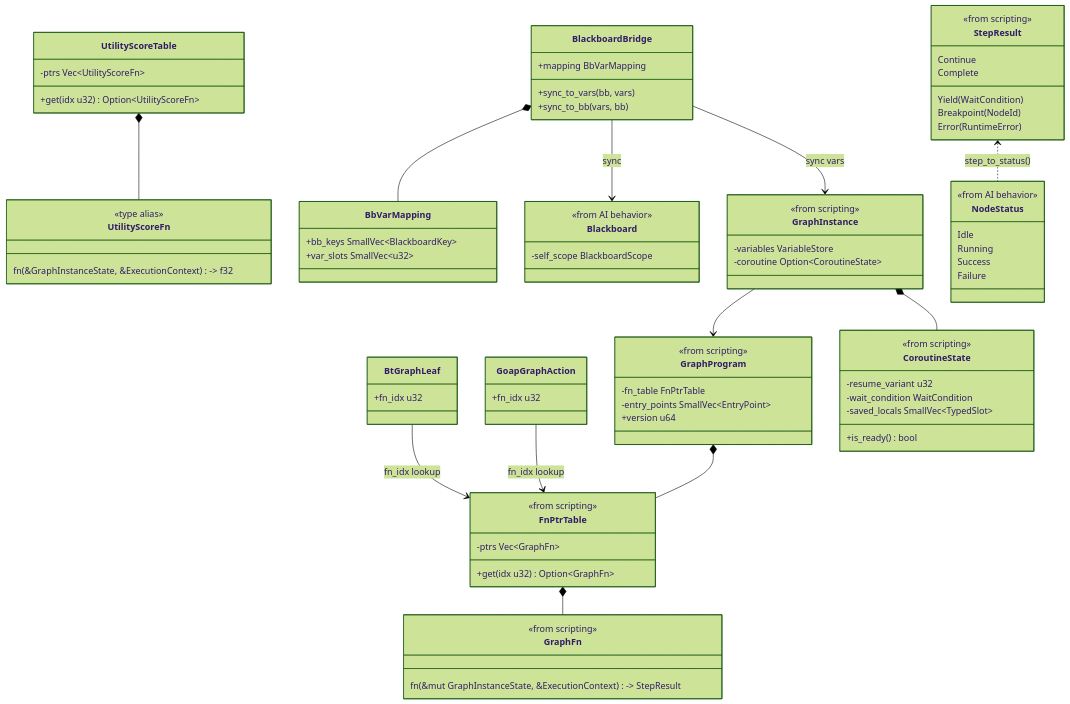
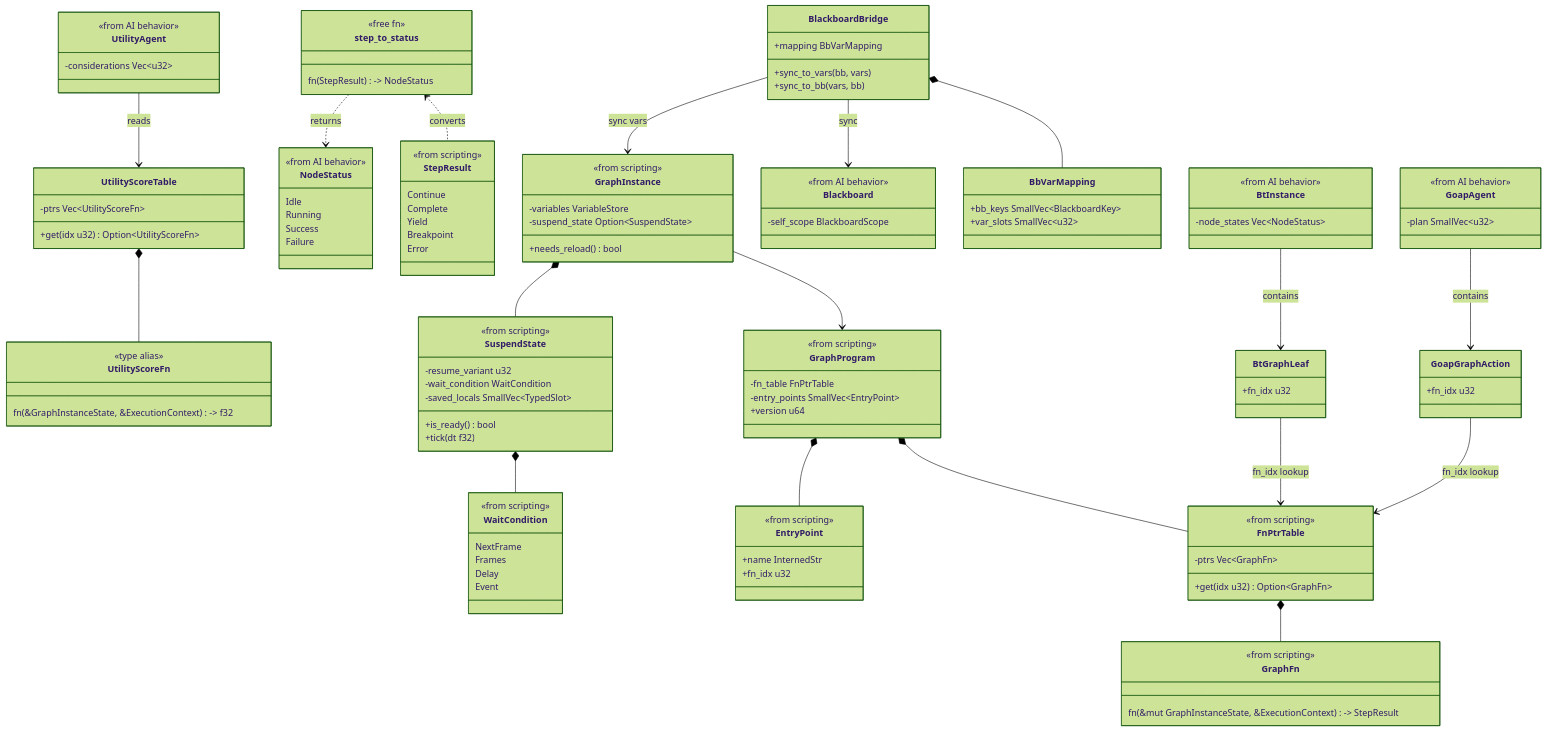
One commit to harmonius-dev/harmonius changed the first of 2 diagrams in docs/design/integration/ai-scripting.md. Above: the diagram before and after it, drawn with Mermaid (forest theme). The commit also changed other lines of this file and 109 other files, not shown here.

````diff
--- a/docs/design/integration/ai-scripting.md
+++ b/docs/design/integration/ai-scripting.md
@@ -225,11 +297,22 @@
         +sync_to_bb(vars, bb)
     }
 
+    class step_to_status {
+        <<free fn>>
+        fn(StepResult) -> NodeStatus
+    }
+
     class GraphProgram {
         <<from scripting>>
         -fn_table FnPtrTable
         -entry_points SmallVec~EntryPoint~
         +version u64
+    }
+
+    class EntryPoint {
+        <<from scripting>>
+        +name InternedStr
+        +fn_idx u32
     }
 
     class FnPtrTable {
@@ -247,24 +330,34 @@
     class GraphInstance {
         <<from scripting>>
         -variables VariableStore
-        -coroutine Option~CoroutineState~
+        -suspend_state Option~SuspendState~
+        +needs_reload() bool
     }
 
-    class CoroutineState {
+    class SuspendState {
         <<from scripting>>
         -resume_variant u32
         -wait_condition WaitCondition
         -saved_locals SmallVec~TypedSlot~
         +is_ready() bool
+        +tick(dt f32)
+    }
+
+    class WaitCondition {
+        <<from scripting>>
+        NextFrame
+        Frames
+        Delay
+        Event
     }
 
     class StepResult {
         <<from scripting>>
         Continue
         Complete
-        Yield(WaitCondition)
-        Breakpoint(NodeId)
-        Error(RuntimeError)
+        Yield
+        Breakpoint
+        Error
     }
 
     class NodeStatus {
@@ -280,15 +373,36 @@
         -self_scope BlackboardScope
     }
 
+    class BtInstance {
+        <<from AI behavior>>
+        -node_states Vec~NodeStatus~
+    }
+
+    class UtilityAgent {
+        <<from AI behavior>>
+        -considerations Vec~u32~
+    }
+
+    class GoapAgent {
+        <<from AI behavior>>
+        -plan SmallVec~u32~
+    }
+
     BtGraphLeaf --> FnPtrTable : fn_idx lookup
     GoapGraphAction --> FnPtrTable : fn_idx lookup
     UtilityScoreTable *-- UtilityScoreFn
     FnPtrTable *-- GraphFn
     GraphProgram *-- FnPtrTable
+    GraphProgram *-- EntryPoint
     GraphInstance --> GraphProgram
-    GraphInstance *-- CoroutineState
+    GraphInstance *-- SuspendState
+    SuspendState *-- WaitCondition
     BlackboardBridge *-- BbVarMapping
     BlackboardBridge --> Blackboard : sync
     BlackboardBridge --> GraphInstance : sync vars
-    StepResult <.. NodeStatus : step_to_status()
+    step_to_status <.. StepResult : converts
+    step_to_status ..> NodeStatus : returns
+    BtInstance --> BtGraphLeaf : contains
+    UtilityAgent --> UtilityScoreTable : reads
+    GoapAgent --> GoapGraphAction : contains
 ```
````
